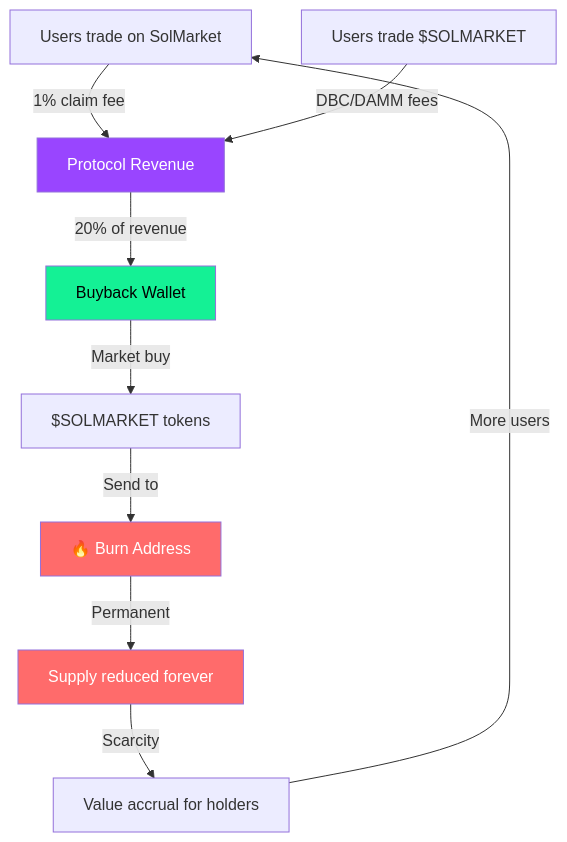
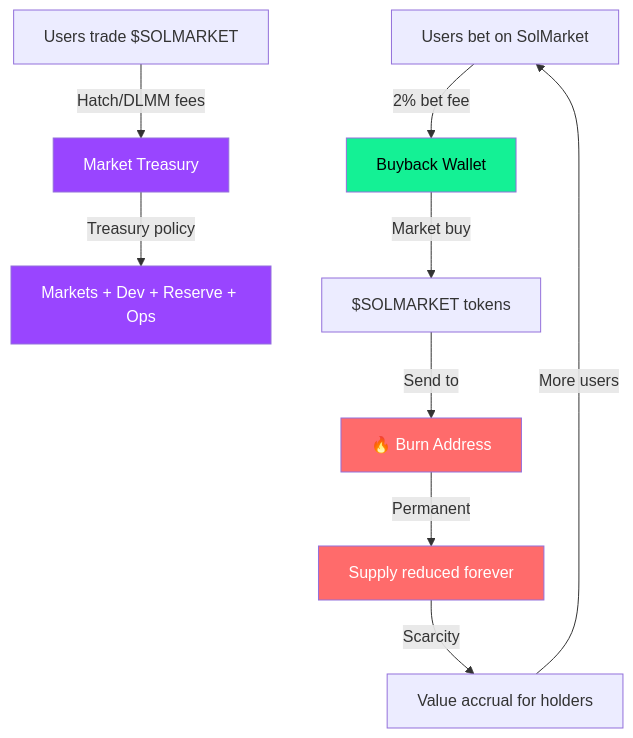
One commit to SolMarketHub/docs changed the diagram in token/buyback-burn.mdx. Above: the diagram before and after it, drawn with Mermaid. The commit also changed other lines of this file and 25 other files, not shown here.

Commit message:
update SolMarket docs site

````diff
--- a/token/buyback-burn.mdx
+++ b/token/buyback-burn.mdx
@@ -11,15 +11,16 @@
 ```mermaid
 graph TD
-    A[Users trade on SolMarket] -->|1% claim fee| B[Protocol Revenue]
-    C[Users trade $SOLMARKET] -->|DBC/DAMM fees| B
-    B -->|20% of revenue| D[Buyback Wallet]
+    A[Users bet on SolMarket] -->|2% bet fee| D[Buyback Wallet]
+    C[Users trade $SOLMARKET] -->|Hatch/DLMM fees| T[Market Treasury]
+    T -->|Treasury policy| M[Markets + Dev + Reserve + Ops]
     D -->|Market buy| E[$SOLMARKET tokens]
     E -->|Send to| F[🔥 Burn Address]
     F -->|Permanent| G[Supply reduced forever]
     G -->|Scarcity| H[Value accrual for holders]
     H -->|More users| A
-    style B fill:#9945FF,color:#fff
+    style T fill:#9945FF,color:#fff
+    style M fill:#9945FF,color:#fff
     style D fill:#14F195,color:#000
     style F fill:#FF6B6B,color:#fff
     style G fill:#FF6B6B,color:#fff
 ```
````
